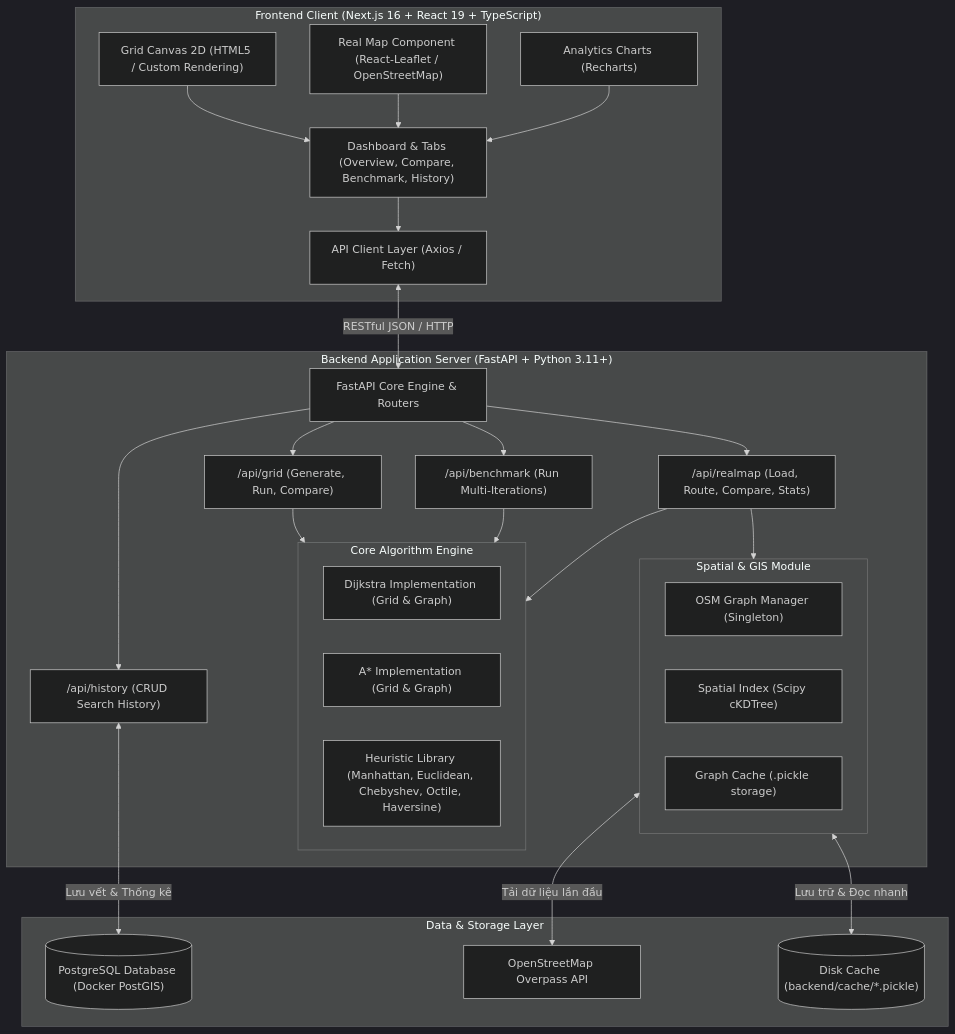
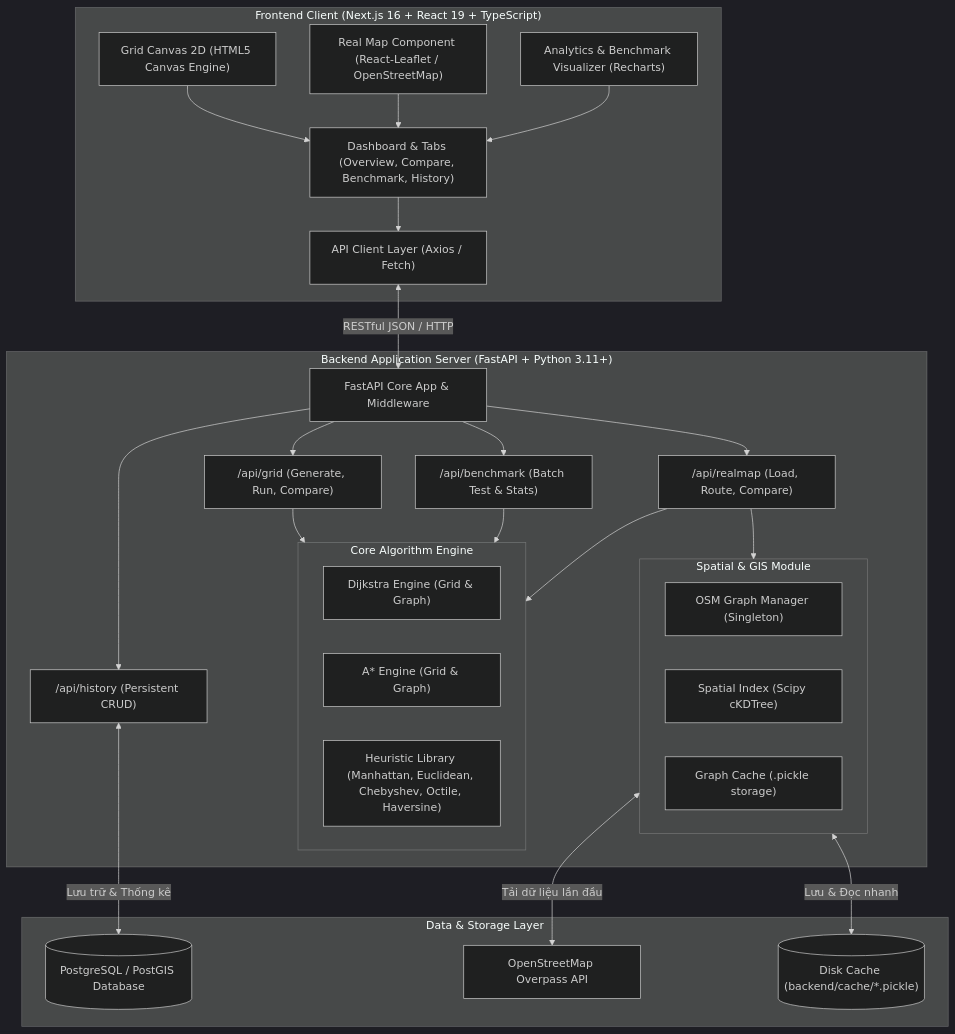
The diagram in README.md (NgoXCuong/ai-pathfinding), drawn with Mermaid (dark theme) before and after one commit. The commit also changed other lines of this file and 35 other files, not shown here.

Commit message:
release: v1.0.0 - AI Pathfinding Visualizer & Benchmark Suite

````diff
--- a/README.md
+++ b/README.md
@@ -85,54 +82,54 @@
 ```mermaid
 graph TB
     subgraph Client["Frontend Client (Next.js 16 + React 19 + TypeScript)"]
         UI["Dashboard & Tabs (Overview, Compare, Benchmark, History)"]
-        Canvas["Grid Canvas 2D (HTML5 / Custom Rendering)"]
+        Canvas["Grid Canvas 2D (HTML5 Canvas Engine)"]
         LeafletMap["Real Map Component (React-Leaflet / OpenStreetMap)"]
-        Charts["Analytics Charts (Recharts)"]
+        Charts["Analytics & Benchmark Visualizer (Recharts)"]
         APIClient["API Client Layer (Axios / Fetch)"]
     end
 
     subgraph Server["Backend Application Server (FastAPI + Python 3.11+)"]
-        MainApp["FastAPI Core Engine & Routers"]
+        MainApp["FastAPI Core App & Middleware"]
         GridRouter["/api/grid (Generate, Run, Compare)"]
-        RealMapRouter["/api/realmap (Load, Route, Compare, Stats)"]
-        BenchRouter["/api/benchmark (Run Multi-Iterations)"]
-        HistRouter["/api/history (CRUD Search History)"]
-        
+        RealMapRouter["/api/realmap (Load, Route, Compare)"]
+        BenchRouter["/api/benchmark (Batch Test & Stats)"]
+        HistRouter["/api/history (Persistent CRUD)"]
+
         subgraph AlgoEngine["Core Algorithm Engine"]
-            Dijkstra["Dijkstra Implementation (Grid & Graph)"]
-            AStar["A* Implementation (Grid & Graph)"]
+            Dijkstra["Dijkstra Engine (Grid & Graph)"]
+            AStar["A* Engine (Grid & Graph)"]
             Heuristics["Heuristic Library (Manhattan, Euclidean, Chebyshev, Octile, Haversine)"]
         end
 
         subgraph SpatialModule["Spatial & GIS Module"]
             OSMGraph["OSM Graph Manager (Singleton)"]
             KDTree["Spatial Index (Scipy cKDTree)"]
             CacheManager["Graph Cache (.pickle storage)"]
         end
     end
 
     subgraph DataStorage["Data & Storage Layer"]
-        Postgres[("PostgreSQL Database (Docker PostGIS)")]
+        Postgres[("PostgreSQL / PostGIS Database")]
         OSMOnline["OpenStreetMap Overpass API"]
         LocalCache[("Disk Cache (backend/cache/*.pickle)")]
     end
 
     UI --> APIClient
     Canvas --> UI
     LeafletMap --> UI
     Charts --> UI
 
     APIClient <-->|RESTful JSON / HTTP| MainApp
     MainApp --> GridRouter & RealMapRouter & BenchRouter & HistRouter
 
     GridRouter --> AlgoEngine
     BenchRouter --> AlgoEngine
     RealMapRouter --> AlgoEngine
     RealMapRouter --> SpatialModule
 
     SpatialModule <-->|Tải dữ liệu lần đầu| OSMOnline
-    SpatialModule <-->|Lưu trữ & Đọc nhanh| LocalCache
+    SpatialModule <-->|Lưu & Đọc nhanh| LocalCache
 
-    HistRouter <-->|Lưu vết & Thống kê| Postgres
+    HistRouter <-->|Lưu trữ & Thống kê| Postgres
 ```
````
